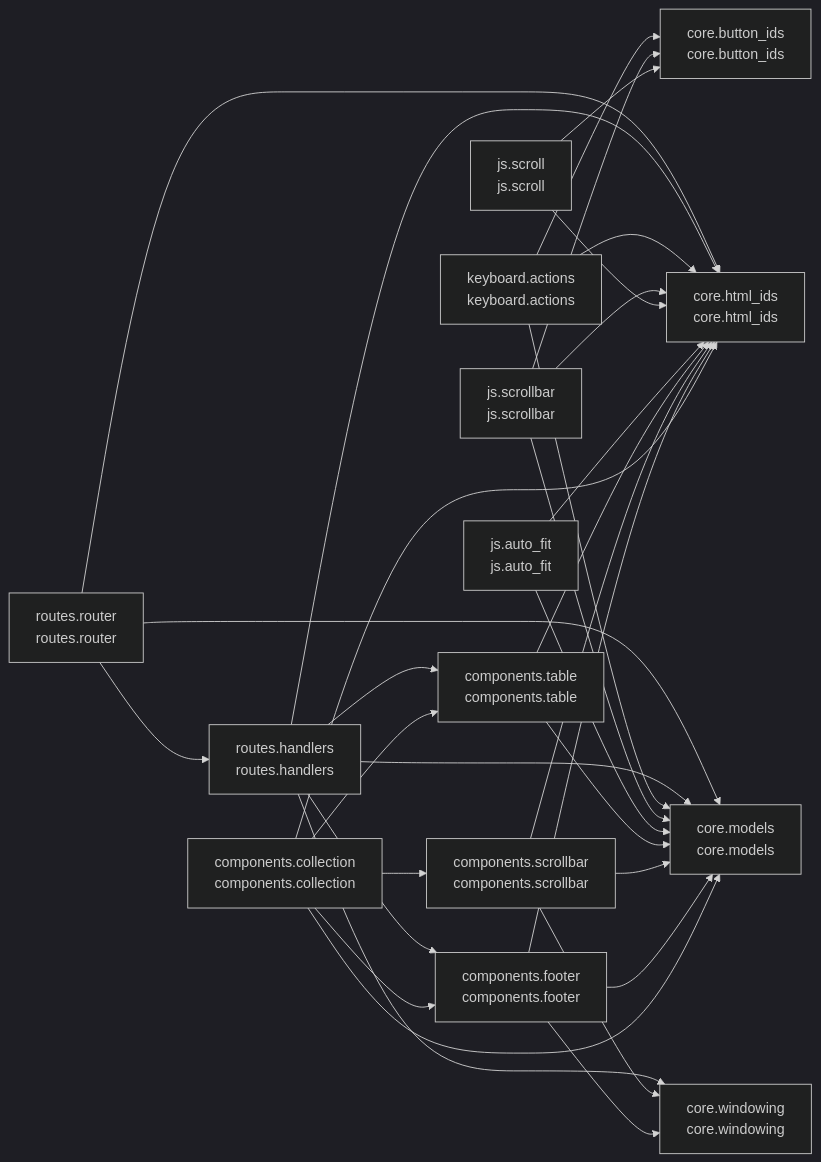
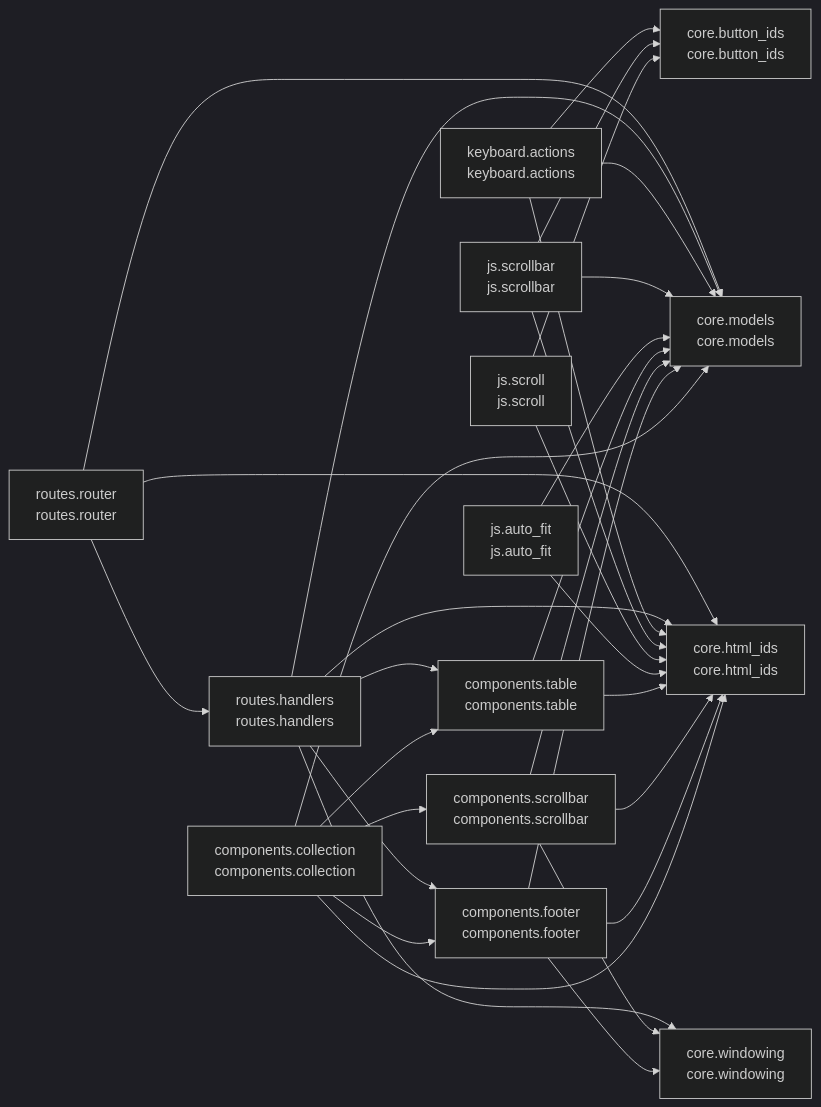
The diagram in README.md (cj-mills/cjm-fasthtml-virtual-collection), drawn with Mermaid (dark theme) before and after one commit. The commit also changed other lines of this file and 5 other files, not shown here.

````diff
--- a/README.md
+++ b/README.md
@@ -39,49 +39,49 @@
 ``` mermaid
 graph LR
     components_collection[components.collection<br/>components.collection]
     components_footer[components.footer<br/>components.footer]
     components_scrollbar[components.scrollbar<br/>components.scrollbar]
     components_table[components.table<br/>components.table]
     core_button_ids[core.button_ids<br/>core.button_ids]
     core_html_ids[core.html_ids<br/>core.html_ids]
     core_models[core.models<br/>core.models]
     core_windowing[core.windowing<br/>core.windowing]
     js_auto_fit[js.auto_fit<br/>js.auto_fit]
     js_scroll[js.scroll<br/>js.scroll]
     js_scrollbar[js.scrollbar<br/>js.scrollbar]
     keyboard_actions[keyboard.actions<br/>keyboard.actions]
     routes_handlers[routes.handlers<br/>routes.handlers]
     routes_router[routes.router<br/>routes.router]
 
     components_collection --> core_html_ids
+    components_collection --> core_models
     components_collection --> components_scrollbar
-    components_collection --> core_models
+    components_collection --> components_table
     components_collection --> components_footer
-    components_collection --> components_table
+    components_footer --> core_models
     components_footer --> core_windowing
     components_footer --> core_html_ids
-    components_footer --> core_models
-    components_scrollbar --> core_html_ids
     components_scrollbar --> core_models
     components_scrollbar --> core_windowing
+    components_scrollbar --> core_html_ids
     components_table --> core_html_ids
     components_table --> core_models
     js_auto_fit --> core_models
     js_auto_fit --> core_html_ids
+    js_scroll --> core_button_ids
     js_scroll --> core_html_ids
-    js_scroll --> core_button_ids
     js_scrollbar --> core_models
+    js_scrollbar --> core_button_ids
     js_scrollbar --> core_html_ids
-    js_scrollbar --> core_button_ids
     keyboard_actions --> core_models
+    keyboard_actions --> core_button_ids
     keyboard_actions --> core_html_ids
-    keyboard_actions --> core_button_ids
+    routes_handlers --> core_windowing
+    routes_handlers --> components_table
     routes_handlers --> core_html_ids
     routes_handlers --> core_models
-    routes_handlers --> core_windowing
-    routes_handlers --> components_table
     routes_handlers --> components_footer
     routes_router --> core_models
     routes_router --> routes_handlers
     routes_router --> core_html_ids
 ```
````
